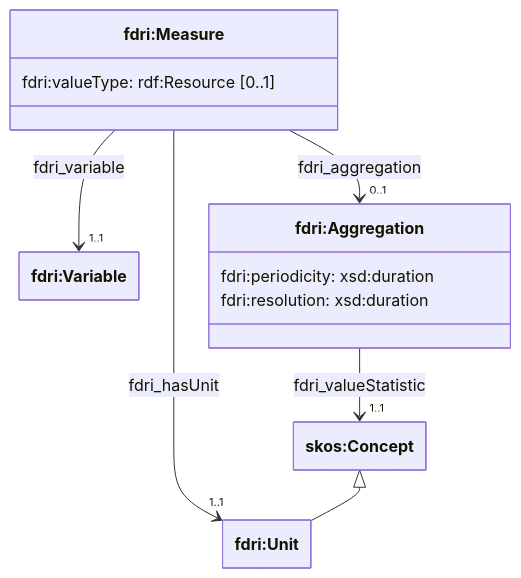
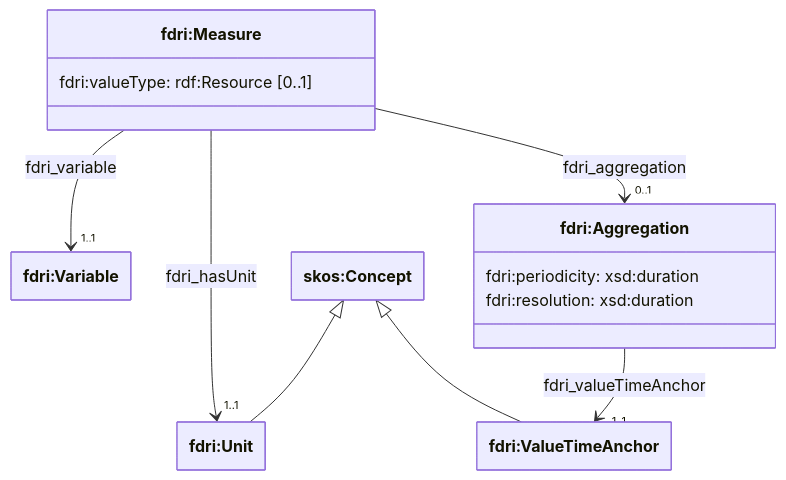
One commit to NERC-CEH/fdri-ontology changed the fourth of 4 diagrams in doc/variables.md. Above: the diagram before and after it, drawn with Mermaid. The commit also changed other lines of this file and 2 other files, not shown here.

````diff
--- a/doc/variables.md
+++ b/doc/variables.md
@@ -110,23 +110,25 @@
 ```mermaid
 ---
 config:
     class:
         hideEmptyMembersBox: true
 ---
 classDiagram
 class Measure["fdri:Measure"] {
   fdri:valueType: rdf:Resource [0..1]
 }
 class Variable["fdri:Variable"]
 class Aggregation["fdri:Aggregation"] {
     fdri:periodicity: xsd:duration
     fdri:resolution: xsd:duration
 }
 class Unit["fdri:Unit"]
+class ValueTimeAnchor["fdri:ValueTimeAnchor"]
 class Concept["skos:Concept"]
 Measure --> "1..1" Variable: fdri_variable
 Measure --> "1..1" Unit: fdri_hasUnit
 Measure --> "0..1" Aggregation: fdri_aggregation
-Aggregation --> "1..1" Concept: fdri_valueStatistic
+Aggregation --> "1..1" ValueTimeAnchor: fdri_valueTimeAnchor
 Concept <|-- Unit
+Concept <|-- ValueTimeAnchor
 ```
````
